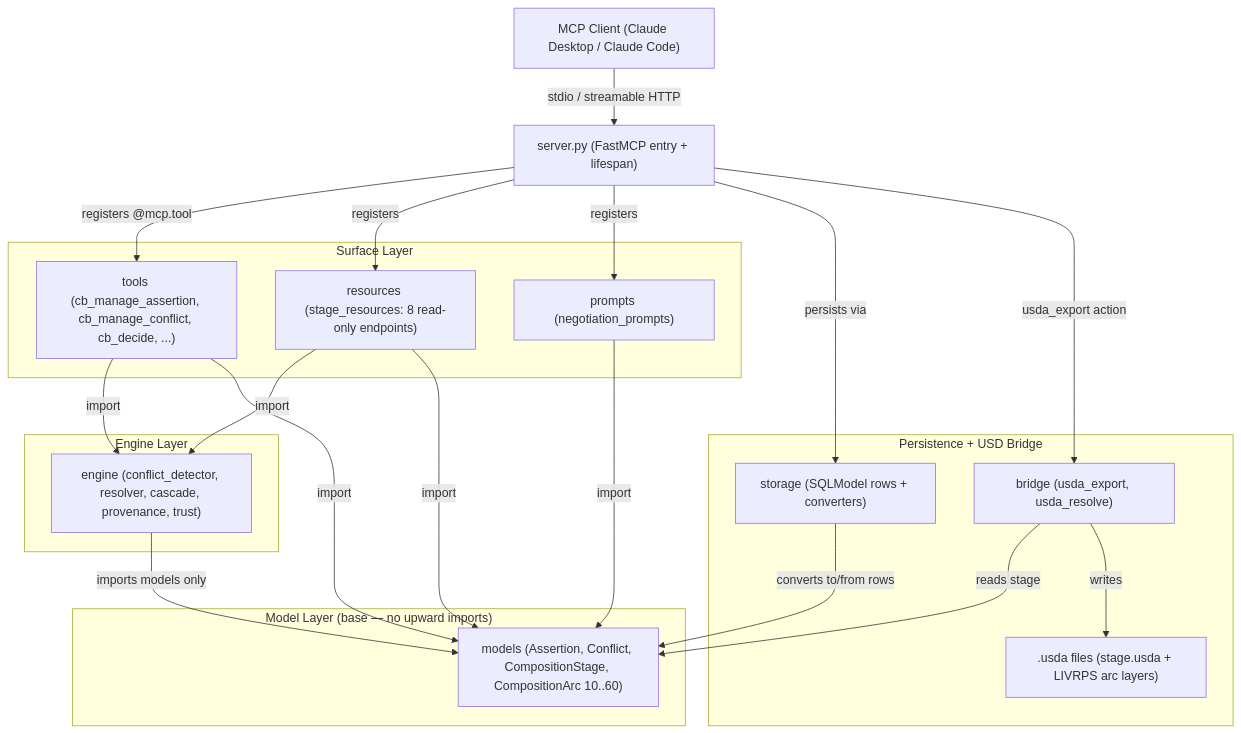
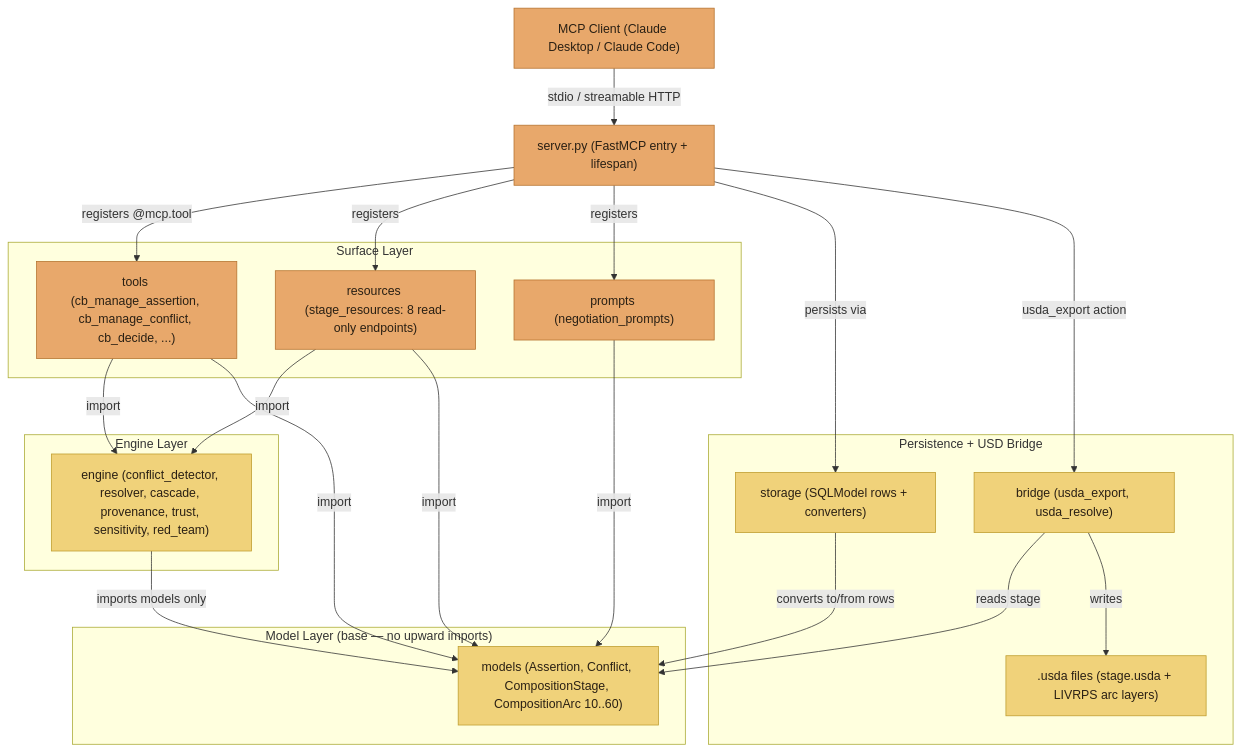
One commit to JosephOIbrahim/Cognitive-Bridge changed the sixth of 8 diagrams in README.md. Above: the diagram before and after it, drawn with Mermaid. The commit also changed other lines of this file, not shown here.

First line of the commit message:
[docs] restyle mermaid diagrams + close-the-loop polish

````diff
--- a/README.md
+++ b/README.md
@@ -592,42 +613,46 @@
 ```mermaid
 flowchart TD
     Client["MCP Client (Claude Desktop / Claude Code)"]
     Client -->|"stdio / streamable HTTP"| Server
     Server["server.py (FastMCP entry + lifespan)"]
 
     subgraph Surface["Surface Layer"]
         Tools["tools (cb_manage_assertion, cb_manage_conflict, cb_decide, ...)"]
         Resources["resources (stage_resources: 8 read-only endpoints)"]
         Prompts["prompts (negotiation_prompts)"]
     end
 
     subgraph EngineL["Engine Layer"]
-        Engine["engine (conflict_detector, resolver, cascade, provenance, trust)"]
+        Engine["engine (conflict_detector, resolver, cascade, provenance, trust, sensitivity, red_team)"]
     end
 
     subgraph ModelL["Model Layer (base — no upward imports)"]
         Models["models (Assertion, Conflict, CompositionStage, CompositionArc 10..60)"]
     end
 
     subgraph SideL["Persistence + USD Bridge"]
         Storage["storage (SQLModel rows + converters)"]
         Bridge["bridge (usda_export, usda_resolve)"]
         USDA[".usda files (stage.usda + LIVRPS arc layers)"]
     end
 
     Server -->|"registers @mcp.tool"| Tools
     Server -->|registers| Resources
     Server -->|registers| Prompts
     Server -->|"persists via"| Storage
     Server -->|"usda_export action"| Bridge
 
     Tools -->|import| Engine
     Tools -->|import| Models
     Resources -->|import| Engine
     Resources -->|import| Models
     Prompts -->|import| Models
     Engine -->|"imports models only"| Models
     Storage -->|"converts to/from rows"| Models
     Bridge -->|"reads stage"| Models
     Bridge -->|writes| USDA
+    classDef orange fill:#E8A86B,stroke:#B5722E,stroke-width:1px,color:#2A2014;
+    classDef yellow fill:#F0D27A,stroke:#BF9D2E,stroke-width:1px,color:#2A2014;
+    class Client,Server,Tools,Resources,Prompts orange;
+    class Engine,Models,Storage,Bridge,USDA yellow;
 ```
````
